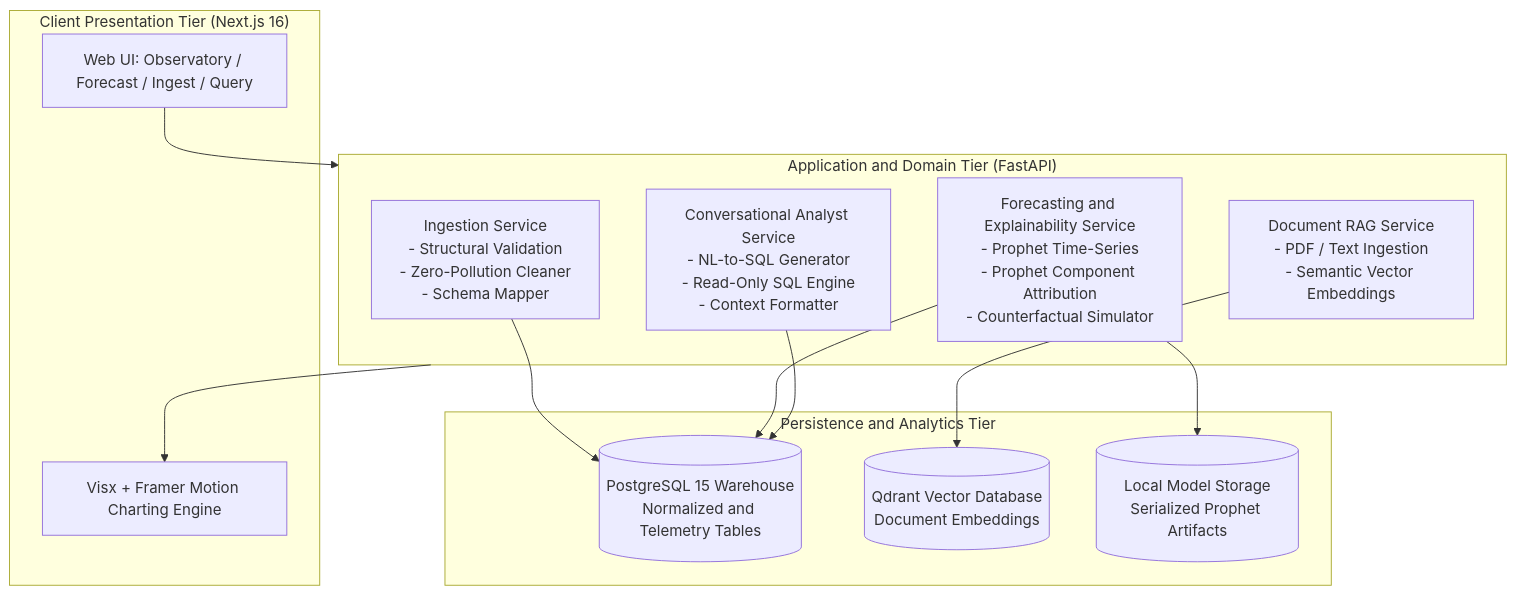
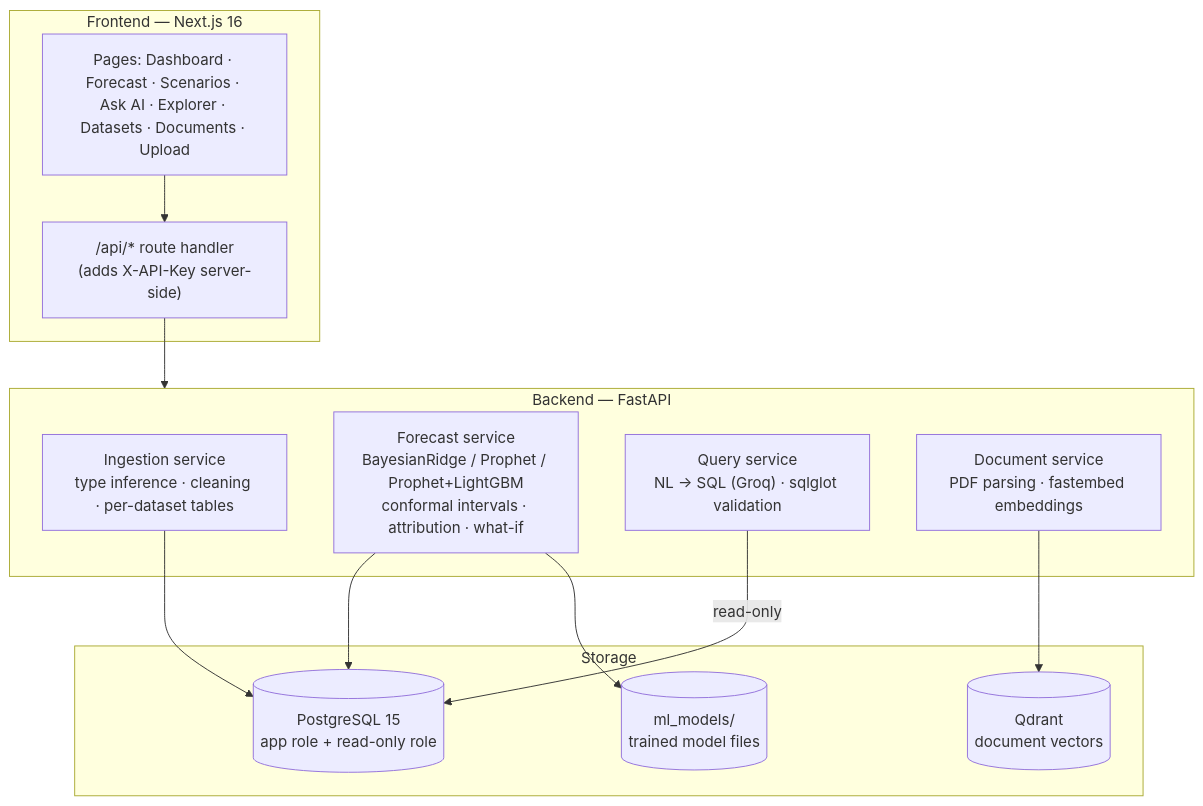
The diagram in README.md (Jaiadhithya/Cogni_Twin), drawn with Mermaid before and after one commit. The commit also changed other lines of this file and 71 other files, not shown here.

````diff
--- a/README.md
+++ b/README.md
@@ -46,28 +53,27 @@
 ```mermaid
 flowchart TD
-    subgraph Client ["Client Presentation Tier (Next.js 16)"]
-        UI["Web UI: Observatory / Forecast / Ingest / Query"]
-        Visx["Visx + Framer Motion Charting Engine"]
+    subgraph Client ["Frontend — Next.js 16"]
+        UI["Pages: Dashboard · Forecast · Scenarios · Ask AI · Explorer · Datasets · Documents · Upload"]
+        Proxy["/api/* route handler<br/>(adds X-API-Key server-side)"]
     end
 
-    subgraph API ["Application and Domain Tier (FastAPI)"]
-        IngestSvc["Ingestion Service<br/>- Structural Validation<br/>- Zero-Pollution Cleaner<br/>- Schema Mapper"]
-        ForecastSvc["Forecasting and Explainability Service<br/>- Prophet Time-Series<br/>- Prophet Component Attribution<br/>- Counterfactual Simulator"]
-        QuerySvc["Conversational Analyst Service<br/>- NL-to-SQL Generator<br/>- Read-Only SQL Engine<br/>- Context Formatter"]
-        RAGSvc["Document RAG Service<br/>- PDF / Text Ingestion<br/>- Semantic Vector Embeddings"]
+    subgraph API ["Backend — FastAPI"]
+        Ingest["Ingestion service<br/>type inference · cleaning · per-dataset tables"]
+        Forecast["Forecast service<br/>BayesianRidge / Prophet / Prophet+LightGBM<br/>conformal intervals · attribution · what-if"]
+        Query["Query service<br/>NL → SQL (Groq) · sqlglot validation"]
+        RAG["Document service<br/>PDF parsing · fastembed embeddings"]
     end
 
-    subgraph Persistence ["Persistence and Analytics Tier"]
-        PG[("PostgreSQL 15 Warehouse<br/>Normalized and Telemetry Tables")]
-        Qdrant[("Qdrant Vector Database<br/>Document Embeddings")]
-        MLStore[("Local Model Storage<br/>Serialized Prophet Artifacts")]
+    subgraph Storage ["Storage"]
+        PG[("PostgreSQL 15<br/>app role + read-only role")]
+        Qdrant[("Qdrant<br/>document vectors")]
+        Models[("ml_models/<br/>trained model files")]
     end
 
-    UI --> API
-    IngestSvc --> PG
-    ForecastSvc --> PG
-    ForecastSvc --> MLStore
-    QuerySvc --> PG
-    RAGSvc --> Qdrant
-    API --> Visx
+    UI --> Proxy --> API
+    Ingest --> PG
+    Forecast --> PG
+    Forecast --> Models
+    Query -->|read-only| PG
+    RAG --> Qdrant
 ```
````
